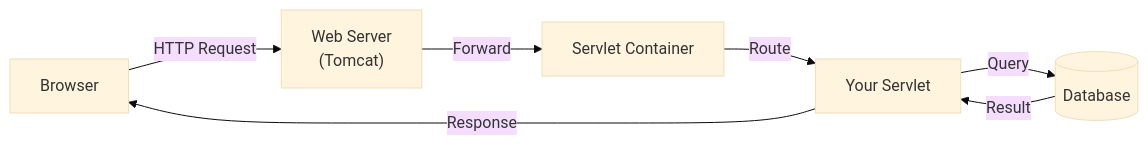
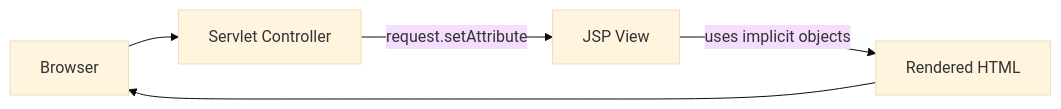
Before and after one commit to prashantnag/webtech2025.classes.prashantnag.com: the first of 2 diagrams in lectures/lecture-23.qmd, drawn with Mermaid (base theme). The commit also changed other lines of this file and 335 other files, not shown here.

````diff
--- a/lectures/lecture-23.qmd
+++ b/lectures/lecture-23.qmd
@@ -70,10 +136,7 @@
 ```{mermaid}
-%%| fig-height: 3.5
 flowchart LR
-  Client["Browser"] -->|HTTP Request| WebServer
-  WebServer["Web Server<br/>(Tomcat)"] -->|Forward| SC
-  SC["Servlet Container"] -->|Route| Servlet
-  Servlet["Your Servlet"] -->|Query| DB[(Database)]
-  DB -->|Result| Servlet
-  Servlet -->|Response| Client
+	B["Browser"] --> S["Servlet Controller"]
+	S -->|request.setAttribute| J["JSP View"]
+	J -->|uses implicit objects| H["Rendered HTML"]
+	H --> B
 ```
````
